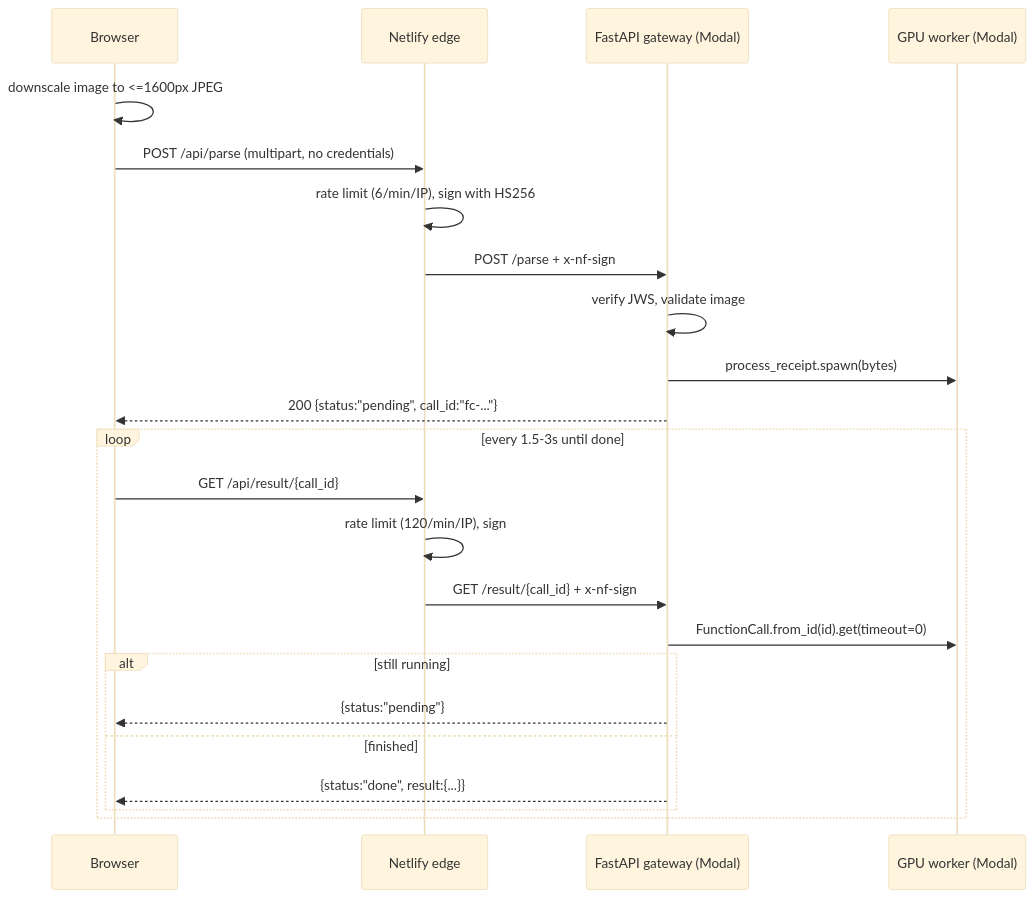
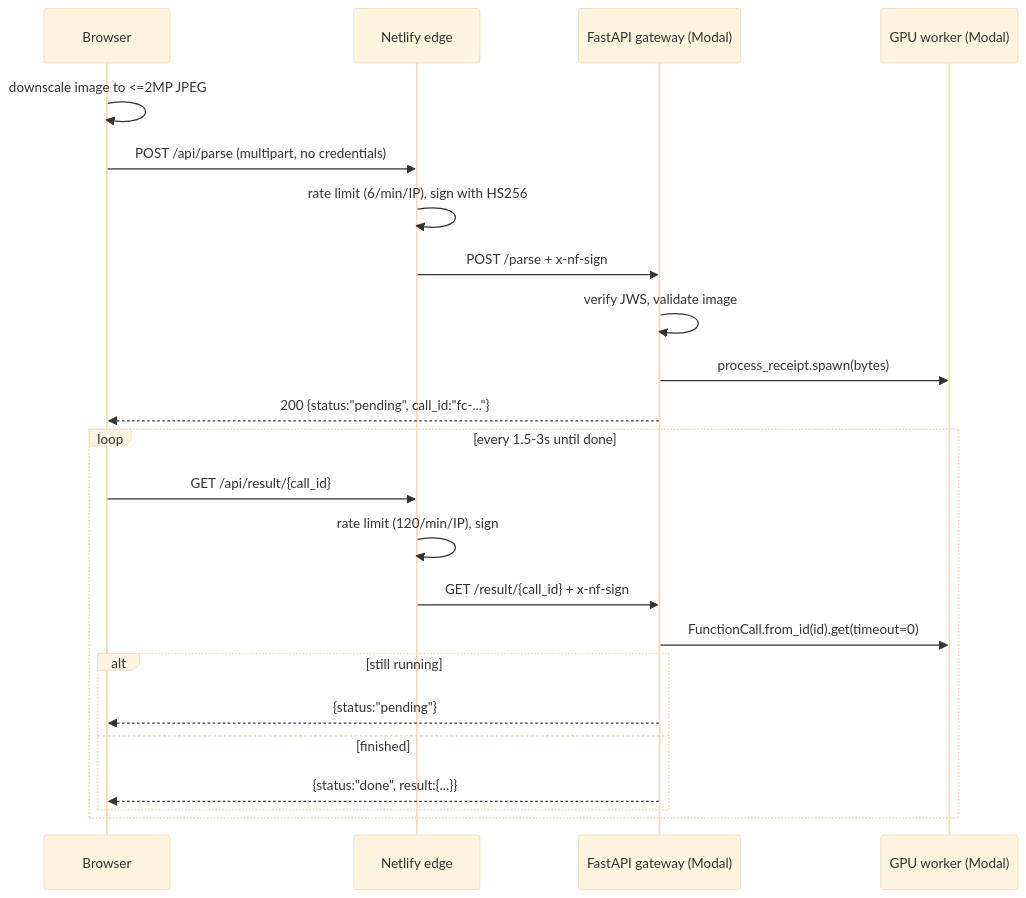
The diagram in ARCHITECTURE.md (yangalex1081/receipt_parser), drawn with Mermaid (base theme) before and after one commit. The commit also changed other lines of this file and 4 other files, not shown here.

````diff
--- a/ARCHITECTURE.md
+++ b/ARCHITECTURE.md
@@ -57,27 +57,27 @@
 ```mermaid
 sequenceDiagram
     participant B as Browser
     participant N as Netlify edge
     participant G as FastAPI gateway (Modal)
     participant W as GPU worker (Modal)
 
-    B->>B: downscale image to <=1600px JPEG
+    B->>B: downscale image to <=2MP JPEG
     B->>N: POST /api/parse (multipart, no credentials)
     N->>N: rate limit (6/min/IP), sign with HS256
     N->>G: POST /parse + x-nf-sign
     G->>G: verify JWS, validate image
     G->>W: process_receipt.spawn(bytes)
     G-->>B: 200 {status:"pending", call_id:"fc-..."}
 
     loop every 1.5-3s until done
         B->>N: GET /api/result/{call_id}
         N->>N: rate limit (120/min/IP), sign
         N->>G: GET /result/{call_id} + x-nf-sign
         G->>W: FunctionCall.from_id(id).get(timeout=0)
         alt still running
             G-->>B: {status:"pending"}
         else finished
             G-->>B: {status:"done", result:{...}}
         end
     end
 ```
````
